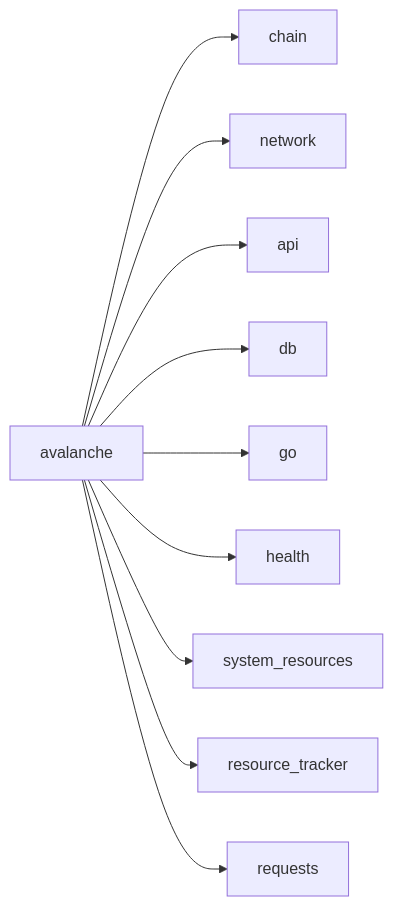
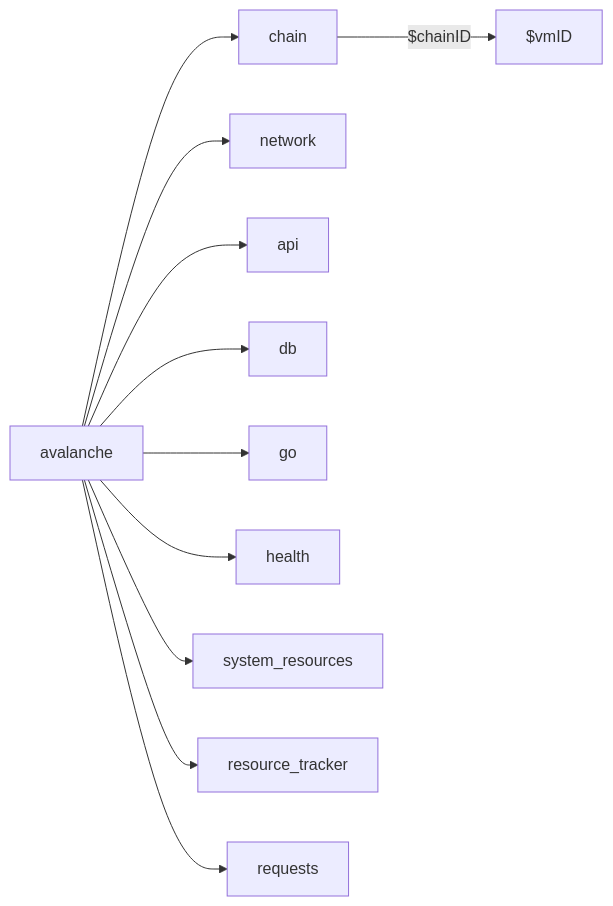
Before and after one commit to ava-labs/avalanchego: the diagram in api/metrics/README.md, drawn with Mermaid.

````diff
--- a/api/metrics/README.md
+++ b/api/metrics/README.md
@@ -3,12 +3,13 @@
 ```mermaid
 graph LR
     A[avalanche] --> B[chain]
     A --> C[network]
     A --> D[api]
     A --> E[db]
     A --> F[go]
     A --> G[health]
     A --> H[system_resources]
     A --> I[resource_tracker]
     A --> J[requests]
+    B --> |$chainID|K[$vmID]
 ```
````
